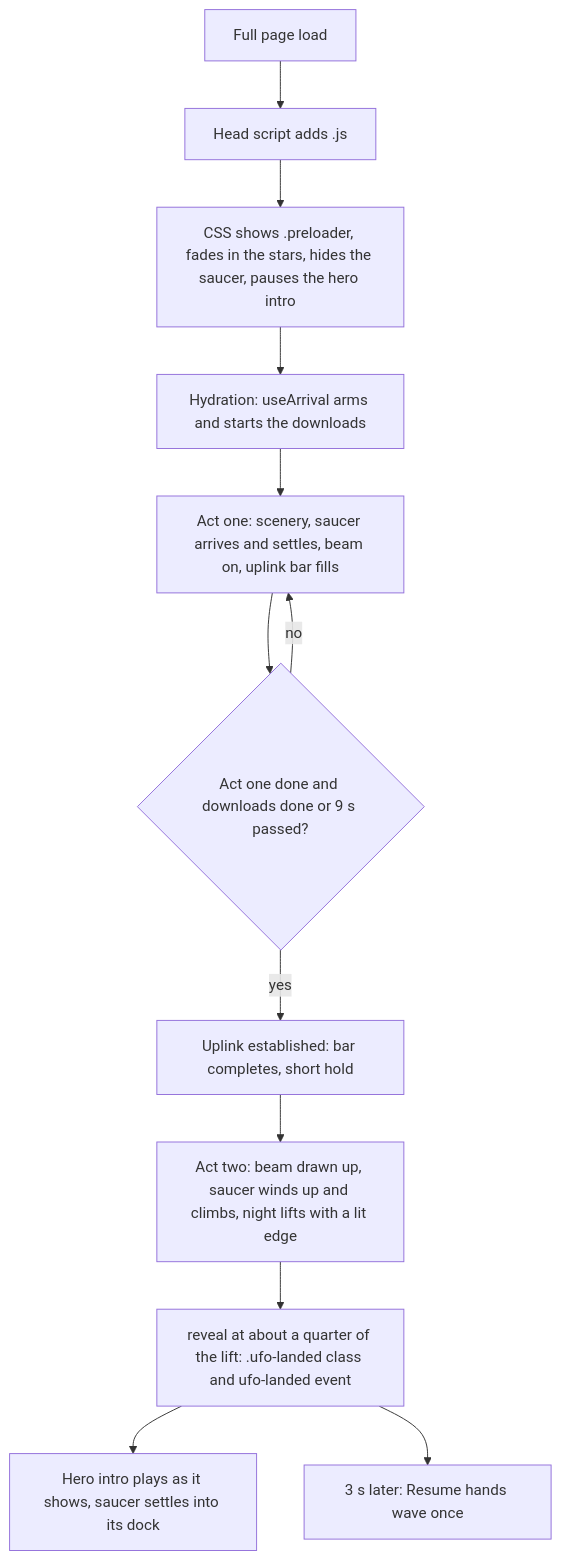
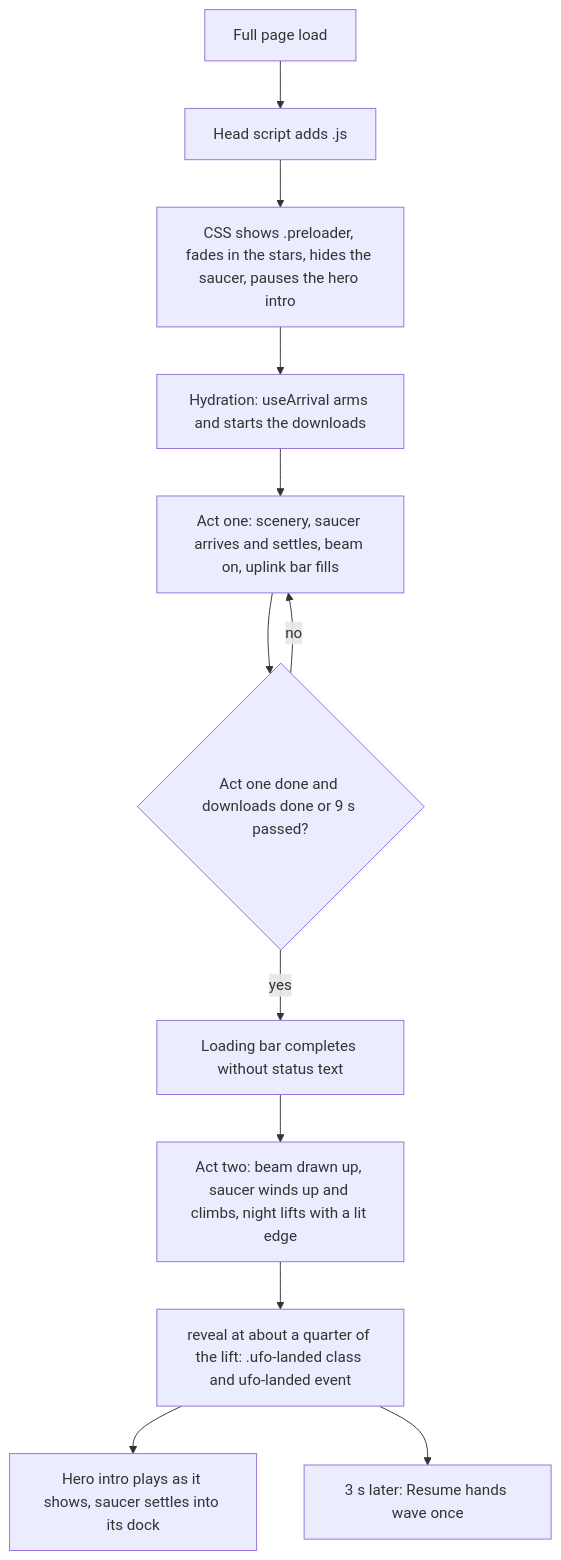
One commit to upayanmazumder/upayan.dev changed the first of 3 diagrams in app/docs/ufo.md. Above: the diagram before and after it, drawn with Mermaid. The commit also changed other lines of this file and 77 other files, not shown here.

````diff
--- a/app/docs/ufo.md
+++ b/app/docs/ufo.md
@@ -28,14 +28,14 @@
 ```mermaid
 flowchart TD
   A[Full page load] --> B[Head script adds .js]
   B --> C[CSS shows .preloader, fades in the stars, hides the saucer, pauses the hero intro]
   C --> D[Hydration: useArrival arms and starts the downloads]
   D --> E[Act one: scenery, saucer arrives and settles, beam on, uplink bar fills]
   E --> F{Act one done and downloads done or 9 s passed?}
   F -- no --> E
-  F -- yes --> G[Uplink established: bar completes, short hold]
+  F -- yes --> G[Loading bar completes without status text]
   G --> H[Act two: beam drawn up, saucer winds up and climbs, night lifts with a lit edge]
   H --> I[reveal at about a quarter of the lift: .ufo-landed class and ufo-landed event]
   I --> J[Hero intro plays as it shows, saucer settles into its dock]
   I --> L[3 s later: Resume hands wave once]
 ```
````
